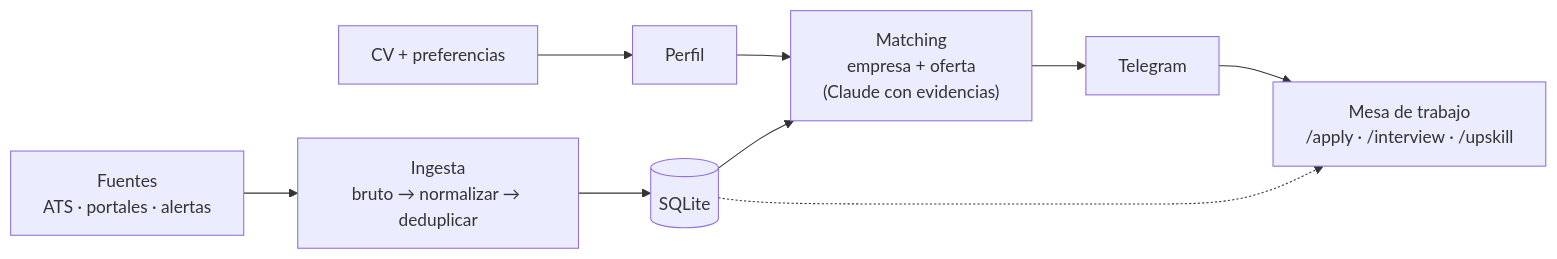
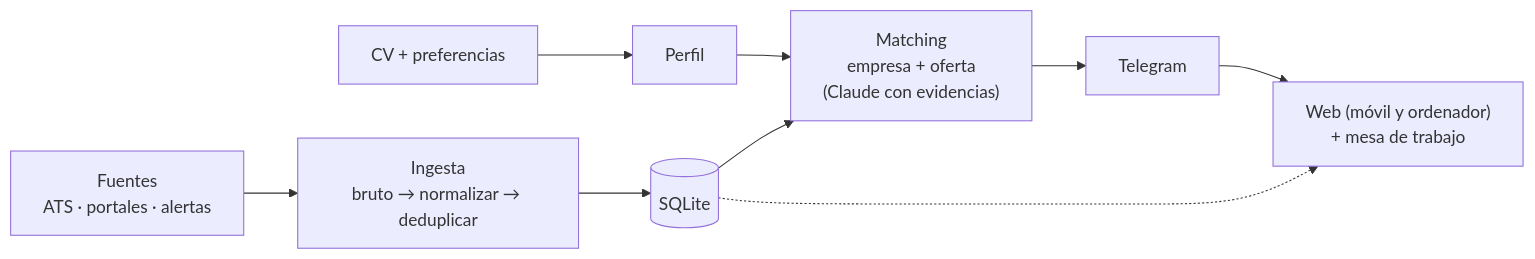
Before and after one commit to rubenhig/job-radar: the diagram in README.md, drawn with Mermaid. The commit also changed other lines of this file and 3 other files, not shown here.

````diff
--- a/README.md
+++ b/README.md
@@ -18,10 +20,10 @@
 ```mermaid
 flowchart LR
     CV[CV + preferencias] --> P[Perfil]
     F["Fuentes<br/>ATS · portales · alertas"] --> I["Ingesta<br/>bruto → normalizar → deduplicar"]
     I --> DB[(SQLite)]
     P & DB --> M["Matching<br/>empresa + oferta<br/>(Claude con evidencias)"]
     M --> T[Telegram]
-    T --> W["Mesa de trabajo<br/>/apply · /interview · /upskill"]
+    T --> W["Web (móvil y ordenador)<br/>+ mesa de trabajo"]
     DB -.-> W
 ```
````
